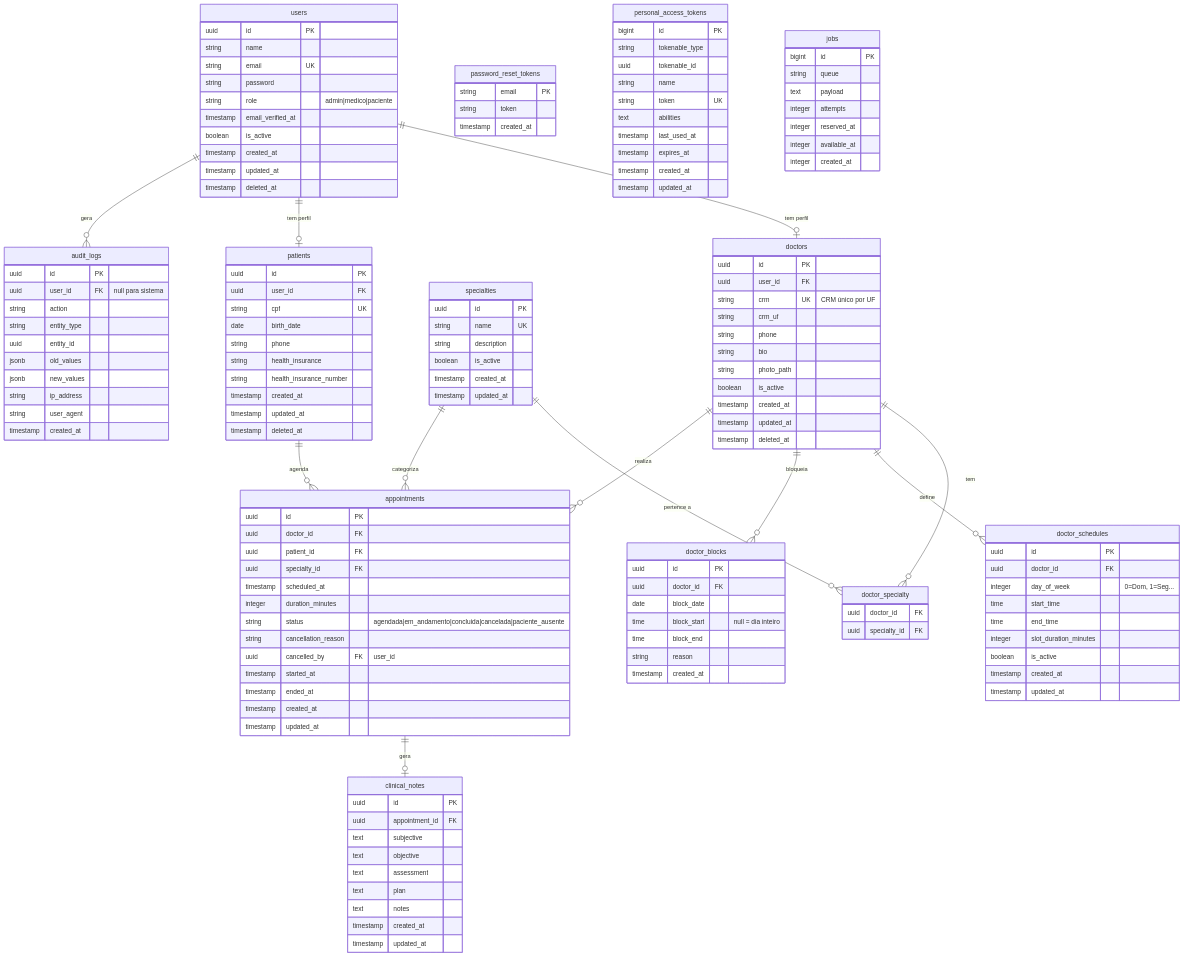
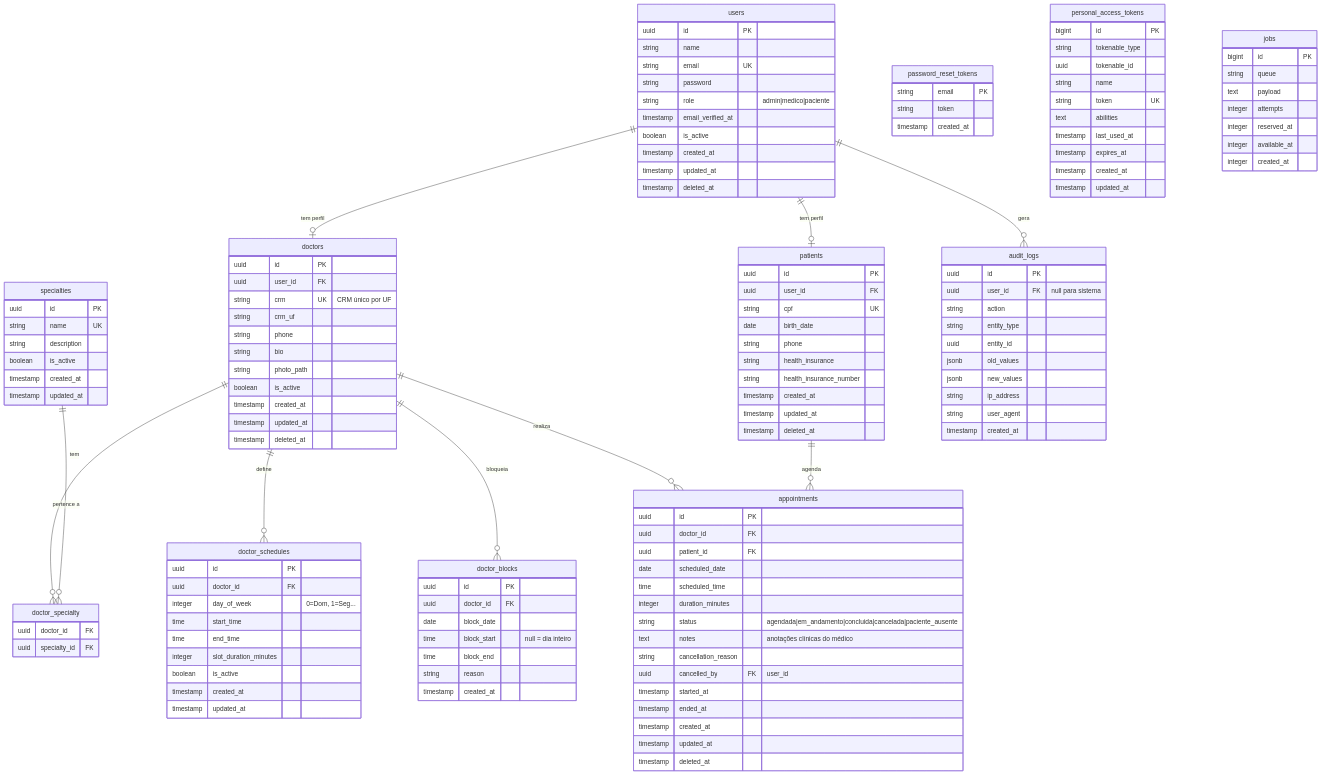
The diagram in docs/architecture/diagramas/entidade-relacionamento.md (leo12wb/telemedicine), drawn with Mermaid before and after one commit. The commit also changed other lines of this file and 3 other files, not shown here.

````diff
--- a/docs/architecture/diagramas/entidade-relacionamento.md
+++ b/docs/architecture/diagramas/entidade-relacionamento.md
@@ -88,28 +88,18 @@
         uuid id PK
         uuid doctor_id FK
         uuid patient_id FK
-        uuid specialty_id FK
-        timestamp scheduled_at
+        date scheduled_date
+        time scheduled_time
         integer duration_minutes
         string status "agendada|em_andamento|concluida|cancelada|paciente_ausente"
+        text notes "anotações clínicas do médico"
         string cancellation_reason
         uuid cancelled_by FK "user_id"
         timestamp started_at
         timestamp ended_at
         timestamp created_at
         timestamp updated_at
-    }
-
-    clinical_notes {
-        uuid id PK
-        uuid appointment_id FK
-        text subjective
-        text objective
-        text assessment
-        text plan
-        text notes
-        timestamp created_at
-        timestamp updated_at
+        timestamp deleted_at
     }
 
     audit_logs {
@@ -163,7 +153,5 @@
     doctors ||--o{ doctor_blocks : "bloqueia"
     doctors ||--o{ appointments : "realiza"
     patients ||--o{ appointments : "agenda"
-    specialties ||--o{ appointments : "categoriza"
-    appointments ||--o| clinical_notes : "gera"
     users ||--o{ audit_logs : "gera"
 ```
````
